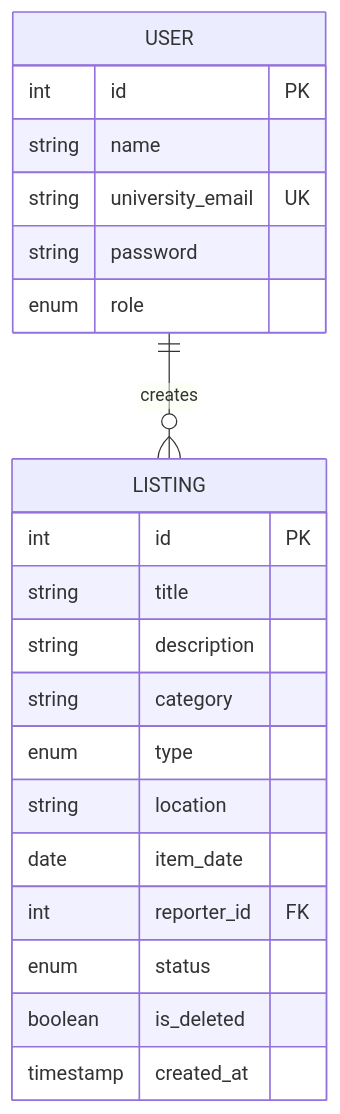
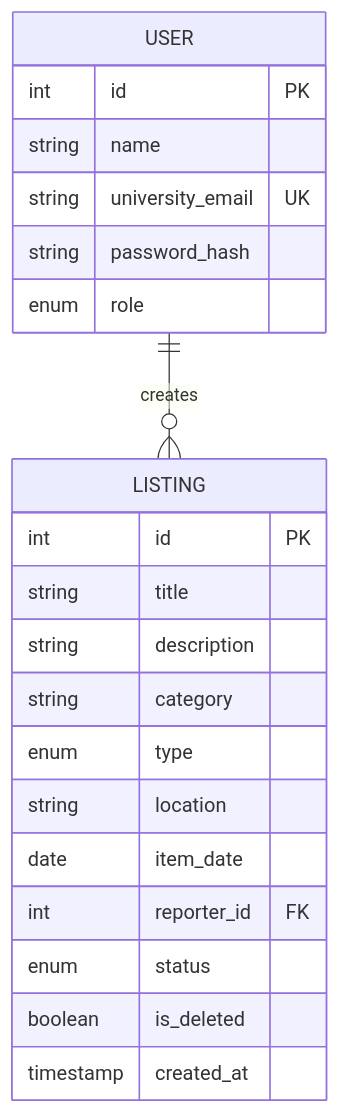
The first of 2 diagrams in docs/data-model.md (isetareh/Find-My), drawn with Mermaid before and after one commit. The commit also changed other lines of this file and 1 other file, not shown here.

````diff
--- a/docs/data-model.md
+++ b/docs/data-model.md
@@ -16,26 +16,26 @@
 ```mermaid
 erDiagram
     USER ||--o{ LISTING : creates
 
     USER {
         int id PK
         string name
         string university_email UK
-        string password
+        string password_hash
         enum role
     }
 
     LISTING {
         int id PK
         string title
         string description
         string category
         enum type
         string location
         date item_date
         int reporter_id FK
         enum status
         boolean is_deleted
         timestamp created_at
     }
 ```
````
